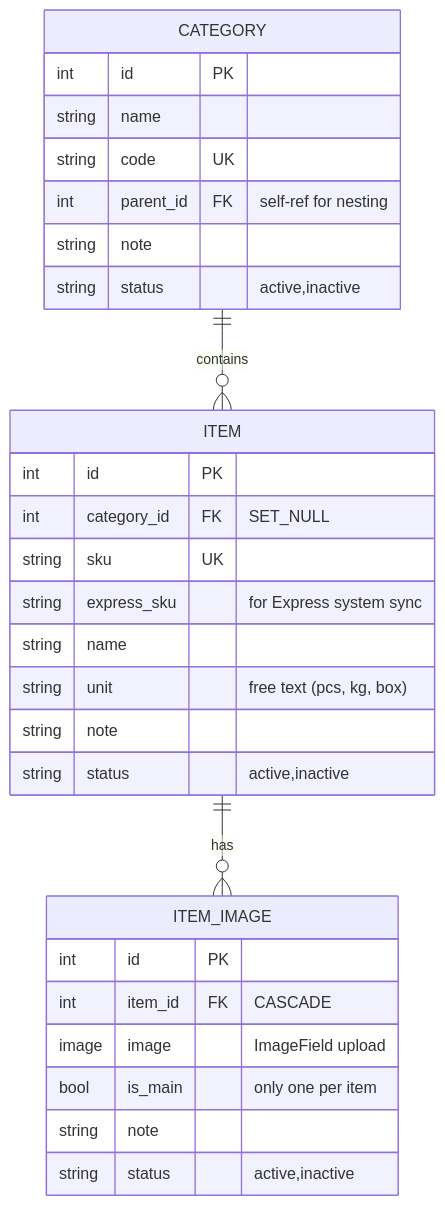
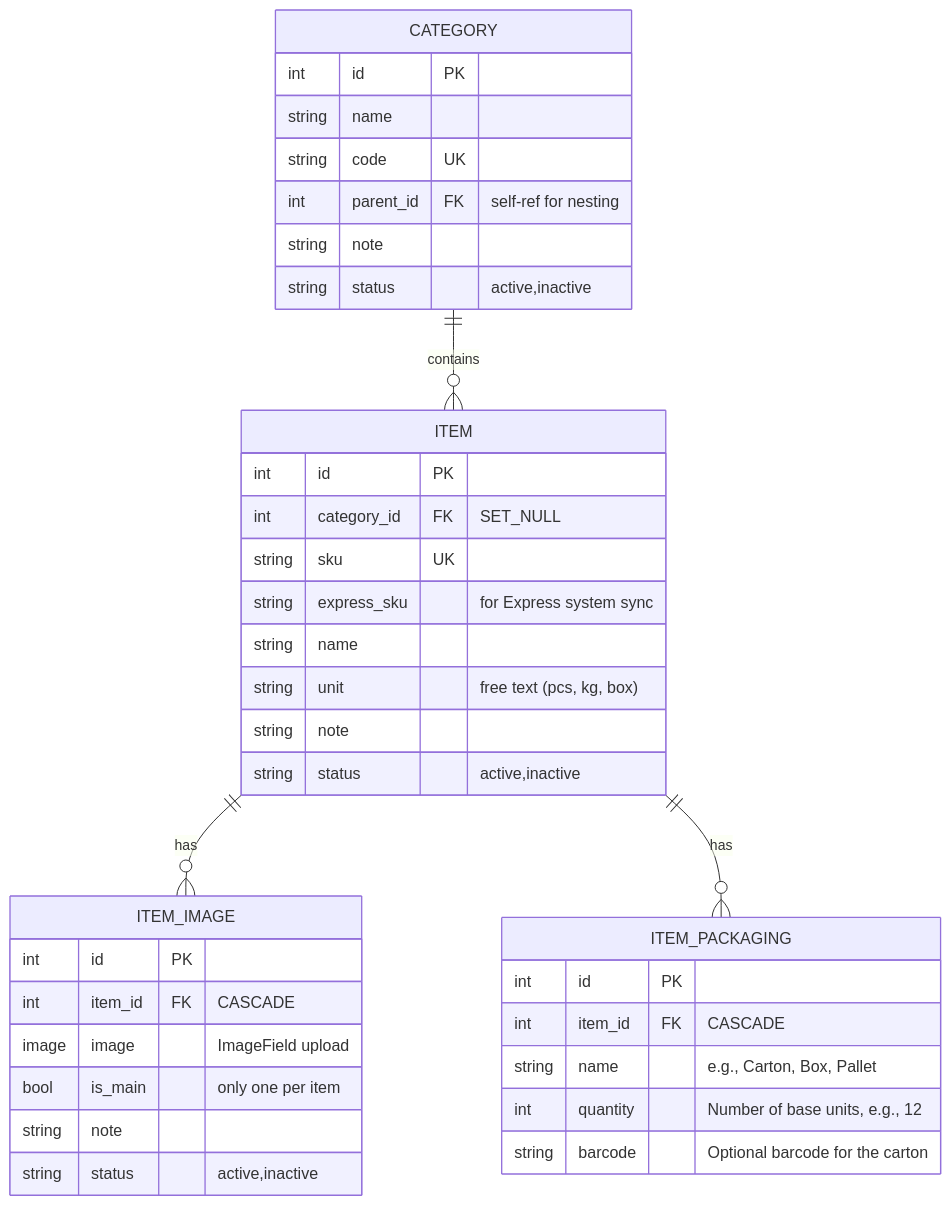
The diagram in django/srcs/catalog/docs/ERD.md (lockdoor/tj_inventory), drawn with Mermaid before and after one commit. The commit also changed 5 other files, not shown here.

Commit message:
feat: item packaging madel

````diff
--- a/django/srcs/catalog/docs/ERD.md
+++ b/django/srcs/catalog/docs/ERD.md
@@ -1,35 +1,44 @@
 ```mermaid
 erDiagram
 
     CATEGORY {
         int id PK
         string name
         string code UK
         int parent_id FK "self-ref for nesting"
         string note
         string status "active,inactive"
     }
 
     ITEM {
         int id PK
         int category_id FK "SET_NULL"
         string sku UK
         string express_sku "for Express system sync"
         string name
         string unit "free text (pcs, kg, box)"
         string note
         string status "active,inactive"
     }
 
+    ITEM_PACKAGING {
+        int id PK
+        int item_id FK "CASCADE"
+        string name "e.g., Carton, Box, Pallet"
+        int quantity "Number of base units, e.g., 12"
+        string barcode "Optional barcode for the carton"
+    }
+
     ITEM_IMAGE {
         int id PK
         int item_id FK "CASCADE"
         image image "ImageField upload"
         bool is_main "only one per item"
         string note
         string status "active,inactive"
     }
 
     CATEGORY ||--o{ ITEM : "contains"
     ITEM ||--o{ ITEM_IMAGE : "has"
+    ITEM ||--o{ ITEM_PACKAGING : "has"
 ```
````
